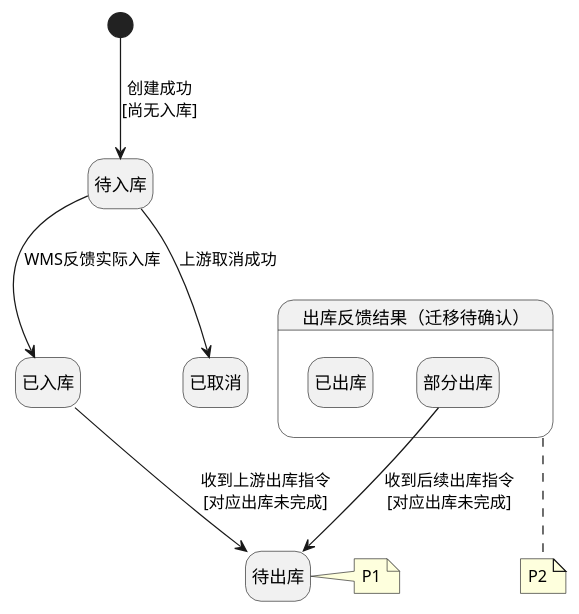
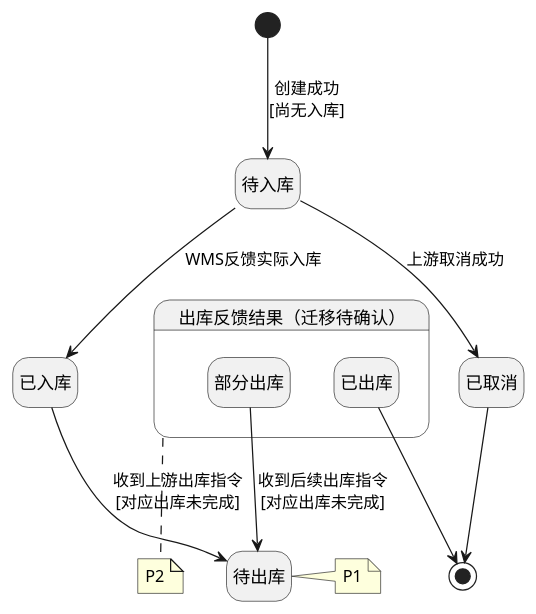
Before and after one commit to jack888332/projects-doc: the fourth of 4 diagrams in product-caliber/goldjet/segmented-prd/PRD.高捷物流系统一期.第020篇.仓库-仓库订单管理.A77FC65070.md, drawn with PlantUML. The commit also changed other lines of this file and 5 other files, not shown here.

Commit message:
优化示意图

````diff
--- a/product-caliber/goldjet/segmented-prd/PRD.高捷物流系统一期.第020篇.仓库-仓库订单管理.A77FC65070.md
+++ b/product-caliber/goldjet/segmented-prd/PRD.高捷物流系统一期.第020篇.仓库-仓库订单管理.A77FC65070.md
@@ -323,21 +323,23 @@
 ```plantuml
 @startuml goldjet-020-state-warehouse-order
 hide empty description
 state "待入库" as WaitingIn
 state "已入库" as Stored
 state "待出库" as WaitingOut
 state "出库反馈结果（迁移待确认）" as OutputStates {
   state "部分出库" as PartlyOut
   state "已出库" as Out
 }
 state "已取消" as Cancelled
 
 [*] --> WaitingIn : 创建成功\n[尚无入库]
 WaitingIn --> Stored : WMS反馈实际入库
 WaitingIn --> Cancelled : 上游取消成功
 Stored --> WaitingOut : 收到上游出库指令\n[对应出库未完成]
 PartlyOut --> WaitingOut : 收到后续出库指令\n[对应出库未完成]
+Cancelled --> [*]
+Out --> [*]
 note right of WaitingOut : P1
 note bottom of OutputStates : P2
 @enduml
 ```
````
